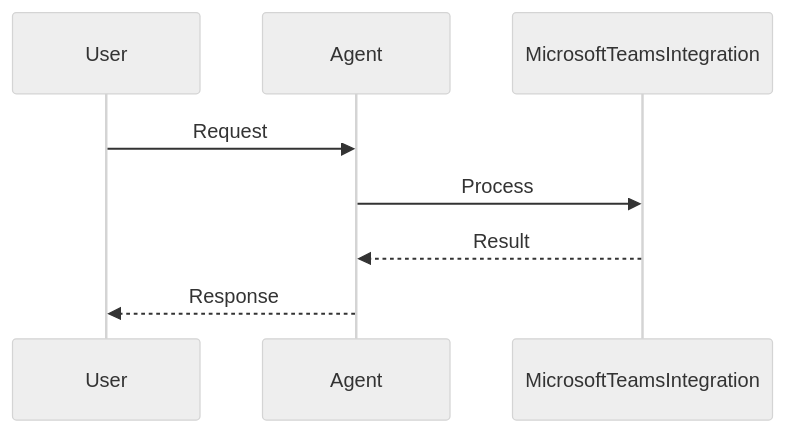
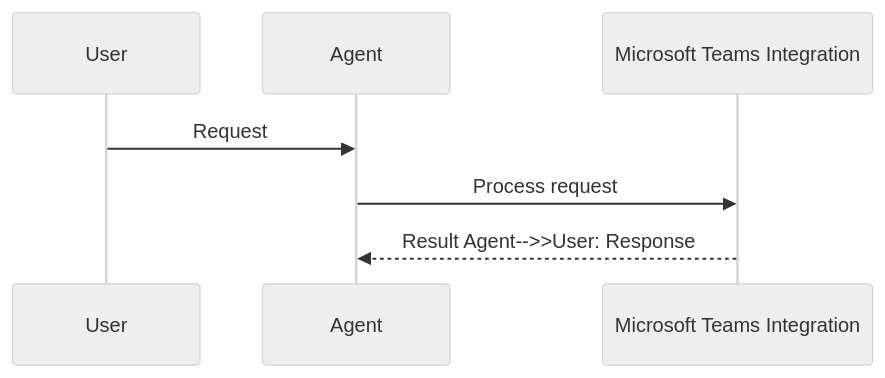
Before and after one commit to MervinPraison/PraisonAIDocs: the second of 3 diagrams in docs/features/rfc-microsoft-teams-integration.mdx, drawn with Mermaid (neutral theme). The commit also changed 204 other files, not shown here.

First line of the commit message:
docs: align feature/tool pages with AGENTS.md hero, sequence, and import standards (#1777)

````diff
--- a/docs/features/rfc-microsoft-teams-integration.mdx
+++ b/docs/features/rfc-microsoft-teams-integration.mdx
@@ -49,11 +49,10 @@
 ```mermaid
 sequenceDiagram
     participant User
     participant Agent
-    participant MicrosoftTeamsIntegration
+    participant Feature as Microsoft Teams Integration
 
     User->>Agent: Request
-    Agent->>MicrosoftTeamsIntegration: Process
-    MicrosoftTeamsIntegration-->>Agent: Result
-    Agent-->>User: Response
+    Agent->>Feature: Process request
+    Feature-->>Agent: Result    Agent-->>User: Response
 ```
````
